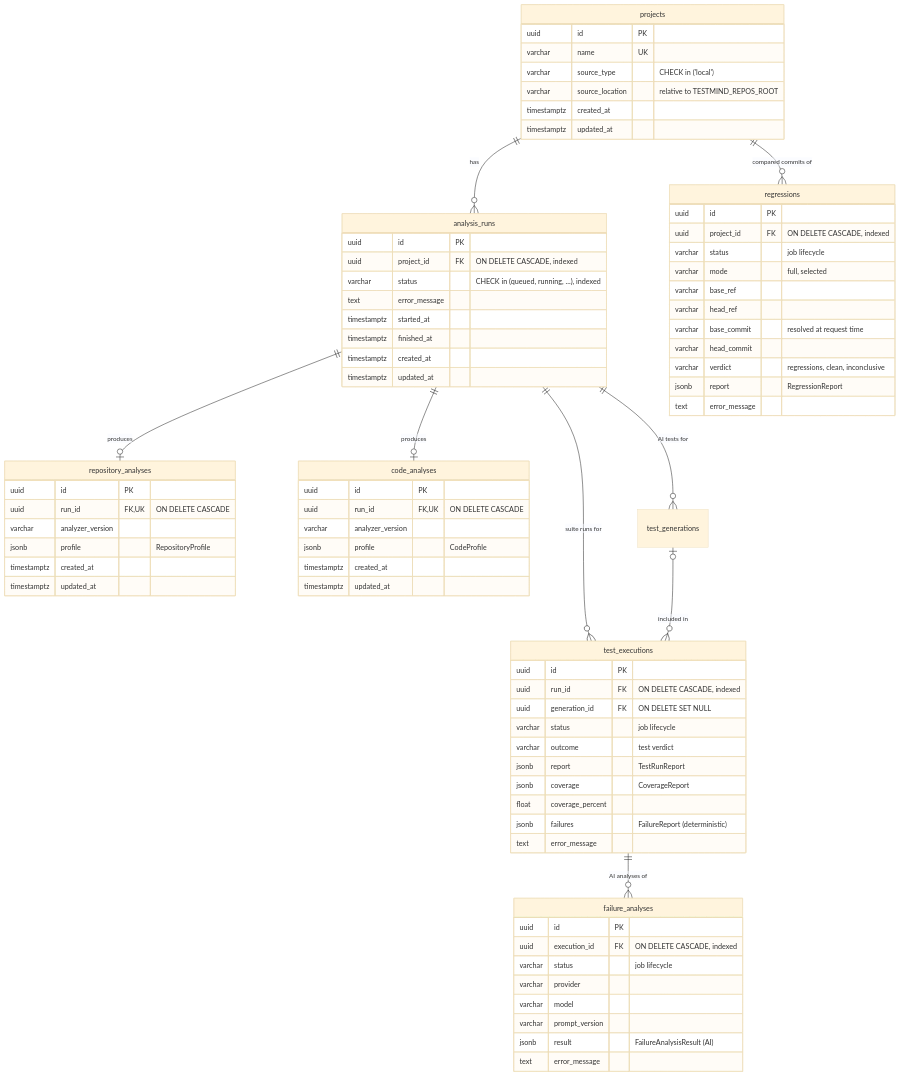
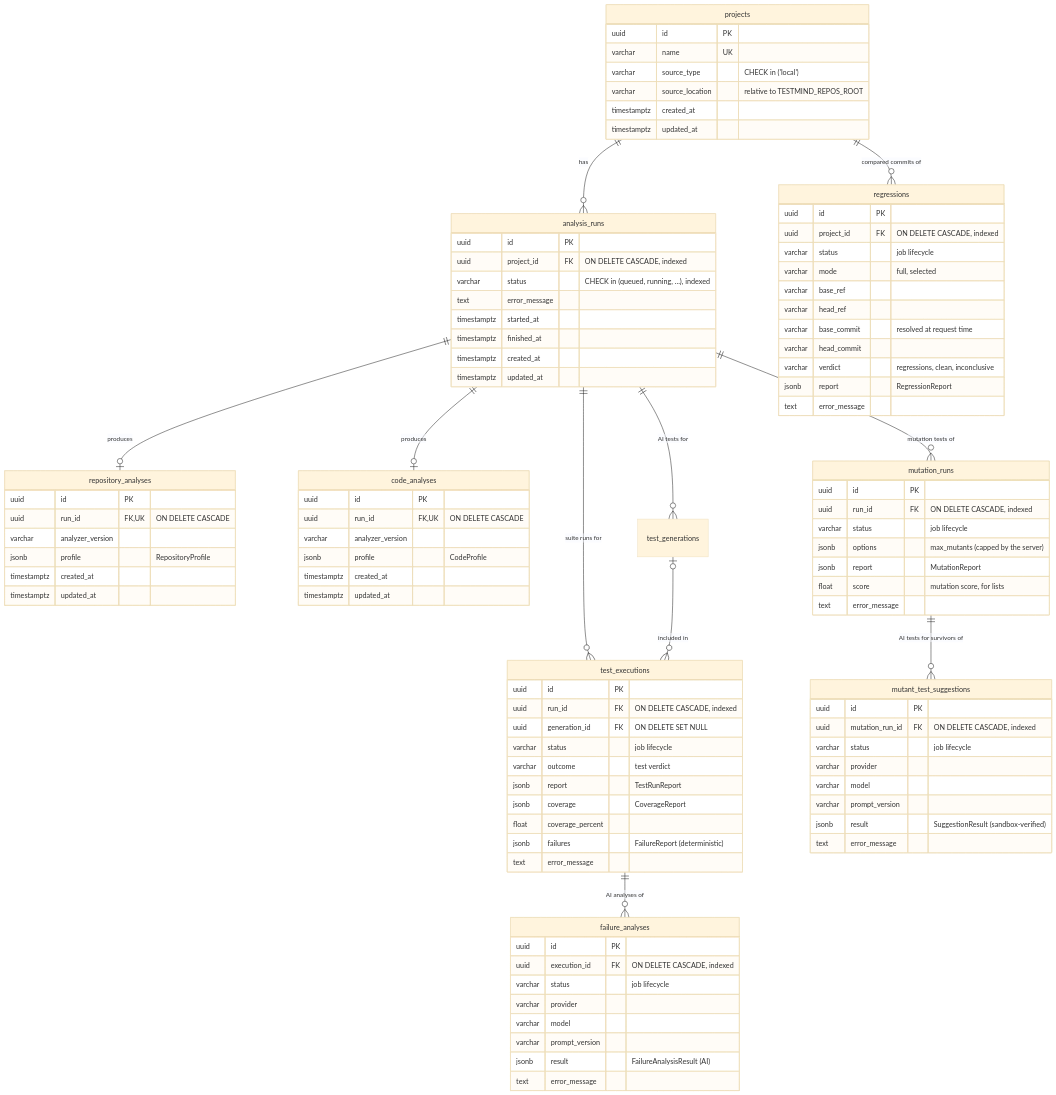
The fourth of 4 diagrams in docs/architecture.md (AAli-gh/AI-Powered-Software-Testing-Platform), drawn with Mermaid (base theme) before and after one commit. The commit also changed other lines of this file and 60 other files, not shown here.

```diff
--- a/docs/architecture.md
+++ b/docs/architecture.md
@@ -137,6 +137,8 @@
     test_generations |o--o{ test_executions : "included in"
     test_executions ||--o{ failure_analyses : "AI analyses of"
     projects ||--o{ regressions : "compared commits of"
+    analysis_runs ||--o{ mutation_runs : "mutation tests of"
+    mutation_runs ||--o{ mutant_test_suggestions : "AI tests for survivors of"
     projects {
         uuid id PK
         varchar name UK
@@ -196,6 +198,25 @@
         jsonb report "RegressionReport"
         text error_message
     }
+    mutation_runs {
+        uuid id PK
+        uuid run_id FK "ON DELETE CASCADE, indexed"
+        varchar status "job lifecycle"
+        jsonb options "max_mutants (capped by the server)"
+        jsonb report "MutationReport"
+        float score "mutation score, for lists"
+        text error_message
+    }
+    mutant_test_suggestions {
+        uuid id PK
+        uuid mutation_run_id FK "ON DELETE CASCADE, indexed"
+        varchar status "job lifecycle"
+        varchar provider
+        varchar model
+        varchar prompt_version
+        jsonb result "SuggestionResult (sandbox-verified)"
+        text error_message
+    }
     failure_analyses {
         uuid id PK
         uuid execution_id FK "ON DELETE CASCADE, indexed"
```
